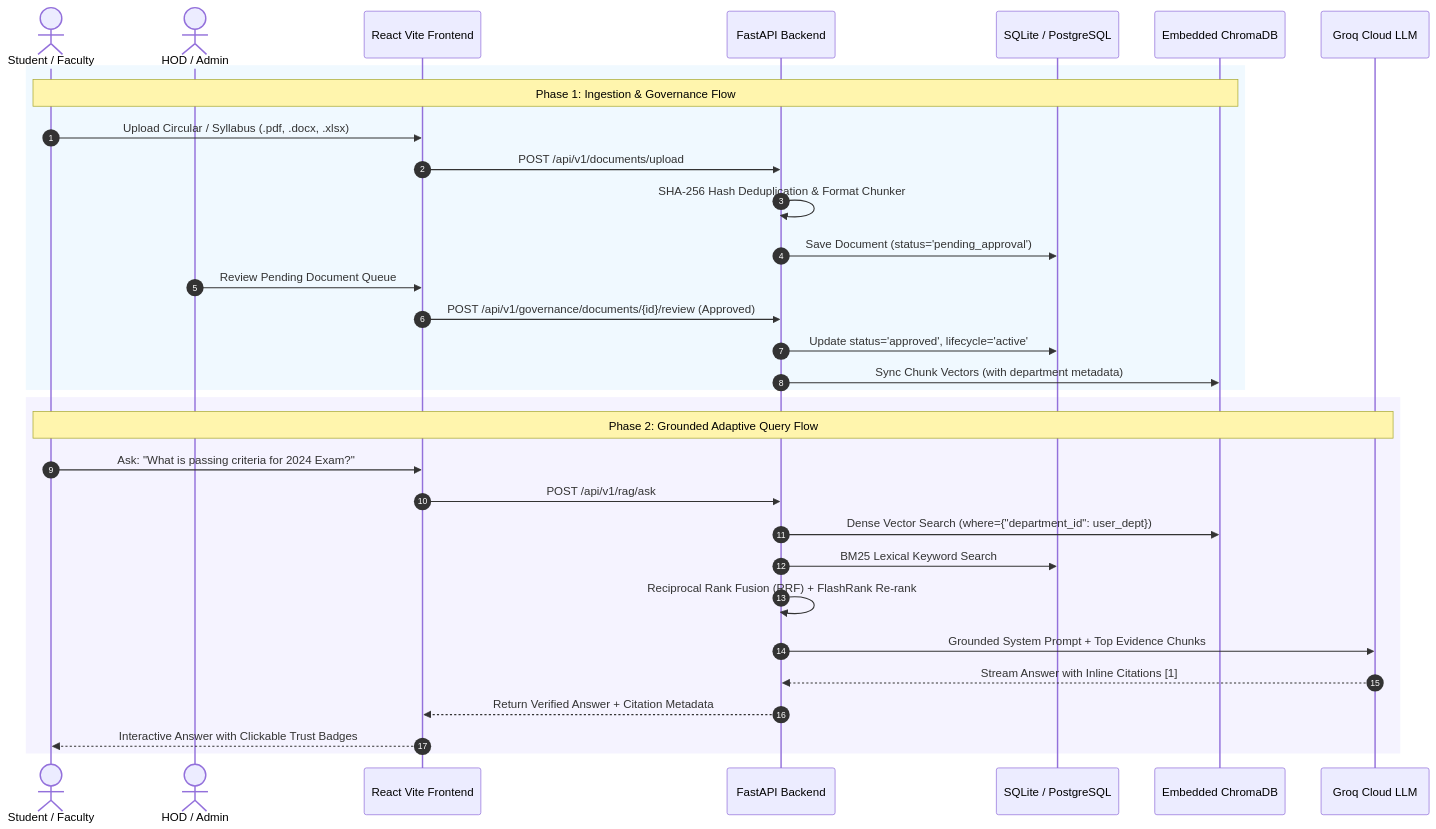
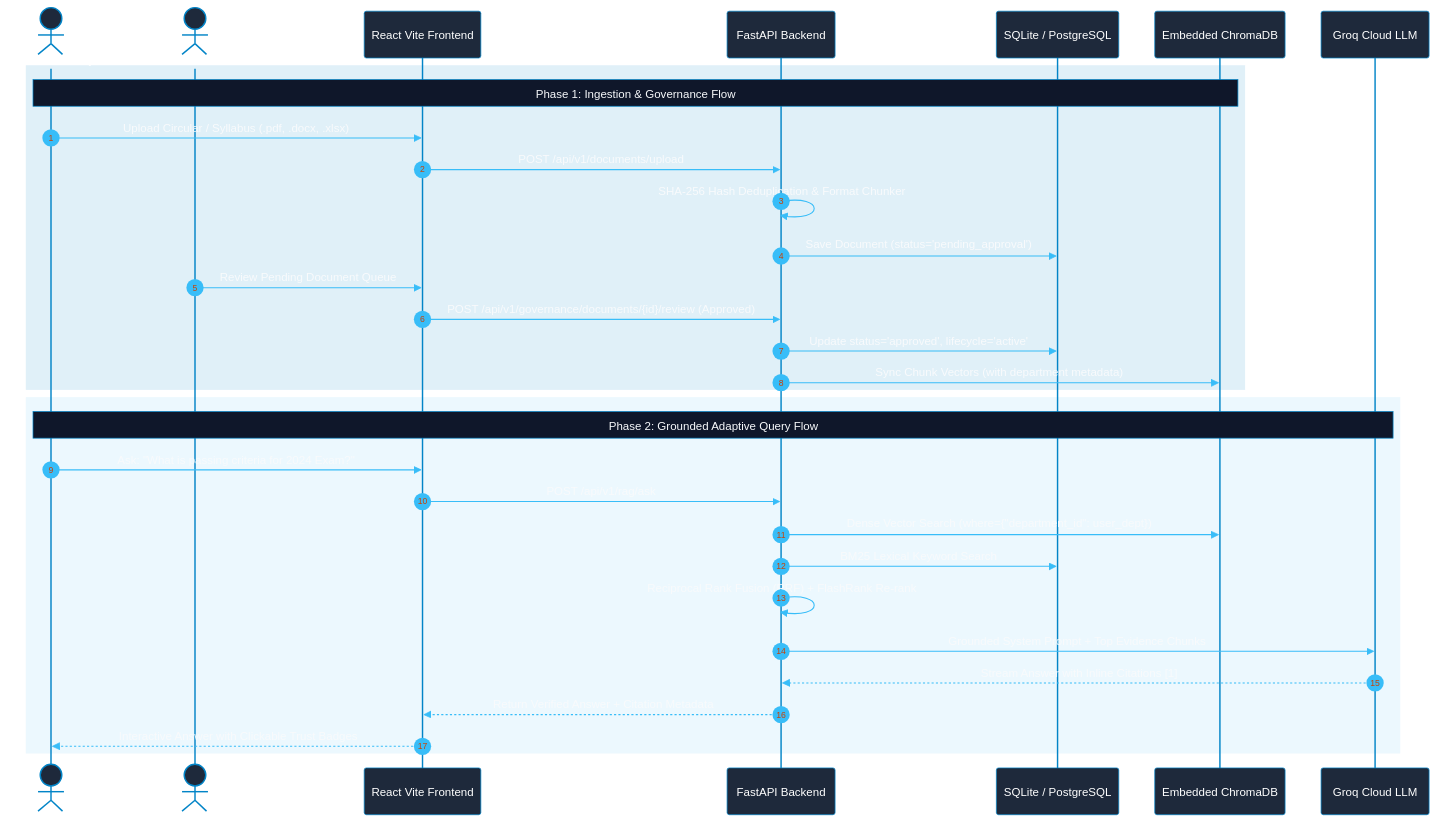
One commit to abhay-patil-cse27/concord-ikms changed the second of 2 diagrams in README.md. Above: the diagram before and after it, drawn with Mermaid. The commit also changed other lines of this file and 7 other files, not shown here.

Commit message:
docs: standardize high-contrast mermaid diagrams for github light/dark mode, clean readme table, and fix benchmark caching

````diff
--- a/README.md
+++ b/README.md
@@ -84,36 +88,37 @@
 ```mermaid
+%%{init: {'theme': 'base', 'themeVariables': { 'primaryColor': '#0284c7', 'primaryTextColor': '#ffffff', 'primaryBorderColor': '#0369a1', 'lineColor': '#38bdf8', 'secondaryColor': '#0f172a', 'tertiaryColor': '#1e293b', 'actorBkg': '#1e293b', 'actorBorder': '#0284c7', 'actorTextColor': '#ffffff', 'signalColor': '#38bdf8', 'signalTextColor': '#f8fafc', 'labelBoxBkgColor': '#0f172a', 'labelBoxBorderColor': '#334155', 'labelTextColor': '#f8fafc', 'loopTextColor': '#f8fafc', 'noteBorderColor': '#0284c7', 'noteBkgColor': '#0f172a', 'noteTextColor': '#f8fafc', 'fontFamily': 'Inter, sans-serif'}}}%%
 sequenceDiagram
     autonumber
     actor User as Student / Faculty
     actor HOD as HOD / Admin
     participant FE as React Vite Frontend
     participant API as FastAPI Backend
     participant DB as SQLite / PostgreSQL
     participant Vec as Embedded ChromaDB
     participant LLM as Groq Cloud LLM
 
-    rect rgb(240, 249, 255)
+    rect rgba(2, 132, 199, 0.12)
     note over User,Vec: Phase 1: Ingestion & Governance Flow
     User->>FE: Upload Circular / Syllabus (.pdf, .docx, .xlsx)
     FE->>API: POST /api/v1/documents/upload
     API->>API: SHA-256 Hash Deduplication & Format Chunker
     API->>DB: Save Document (status='pending_approval')
     HOD->>FE: Review Pending Document Queue
     FE->>API: POST /api/v1/governance/documents/{id}/review (Approved)
     API->>DB: Update status='approved', lifecycle='active'
     API->>Vec: Sync Chunk Vectors (with department metadata)
     end
 
-    rect rgb(245, 243, 255)
+    rect rgba(14, 165, 233, 0.08)
     note over User,LLM: Phase 2: Grounded Adaptive Query Flow
     User->>FE: Ask: "What is passing criteria for 2024 Exam?"
     FE->>API: POST /api/v1/rag/ask
     API->>Vec: Dense Vector Search (where={"department_id": user_dept})
     API->>DB: BM25 Lexical Keyword Search
     API->>API: Reciprocal Rank Fusion (RRF) + FlashRank Re-rank
     API->>LLM: Grounded System Prompt + Top Evidence Chunks
     LLM-->>API: Stream Answer with Inline Citations [1]
     API-->>FE: Return Verified Answer + Citation Metadata
     FE-->>User: Interactive Answer with Clickable Trust Badges
     end
 ```
````
